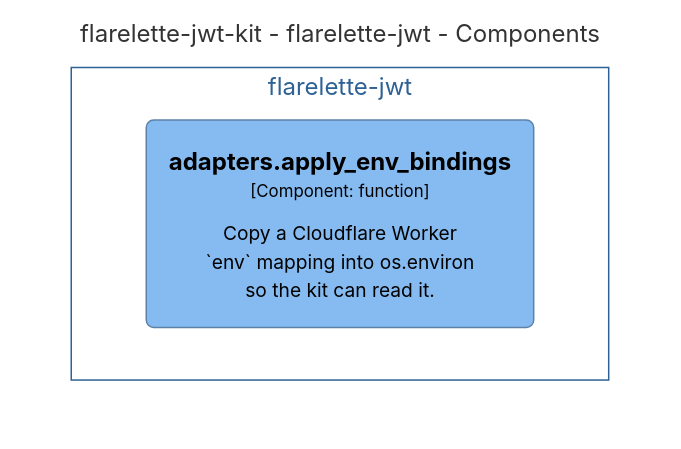
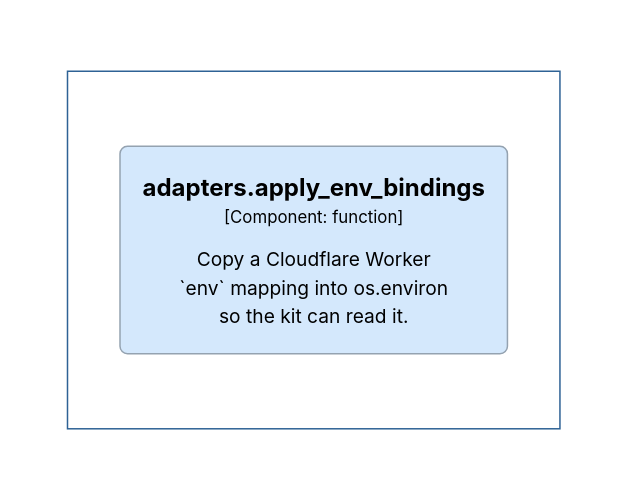
The diagram in docs/architecture/diagrams/mermaid/structurizr-Classes_flarelette_jwt__adapters.mmd (chrislyons-dev/flarelette-jwt-kit), drawn with Mermaid (neutral theme) before and after one commit. The commit also changed 118 other files, not shown here.

```diff
--- a/docs/architecture/diagrams/mermaid/structurizr-Classes_flarelette_jwt__adapters.mmd
+++ b/docs/architecture/diagrams/mermaid/structurizr-Classes_flarelette_jwt__adapters.mmd
@@ -1,14 +1,14 @@
-graph TB
+graph LR
   linkStyle default fill:#ffffff
 
-  subgraph diagram ["flarelette-jwt-kit - flarelette-jwt - Components"]
+  subgraph diagram [" "]
     style diagram fill:#ffffff,stroke:#ffffff
 
-    subgraph 60 ["flarelette-jwt"]
-      style 60 fill:#ffffff,stroke:#2e6295,color:#2e6295
+    subgraph 65 [" "]
+      style 65 fill:#ffffff,stroke:#2e6295,color:#2e6295
 
-      65("<div style='font-weight: bold'>adapters.apply_env_bindings</div><div style='font-size: 70%; margin-top: 0px'>[Component: function]</div><div style='font-size: 80%; margin-top:10px'>Copy a Cloudflare Worker<br />`env` mapping into os.environ<br />so the kit can read it.</div>")
-      style 65 fill:#85bbf0,stroke:#5d82a8,color:#000000
+      70("<div style='font-weight: bold'>adapters.apply_env_bindings</div><div style='font-size: 70%; margin-top: 0px'>[Component: function]</div><div style='font-size: 80%; margin-top:10px'>Copy a Cloudflare Worker<br />`env` mapping into os.environ<br />so the kit can read it.</div>")
+      style 70 fill:#d4e8fc,stroke:#94a2b0,color:#000000
     end
 
   end
```
